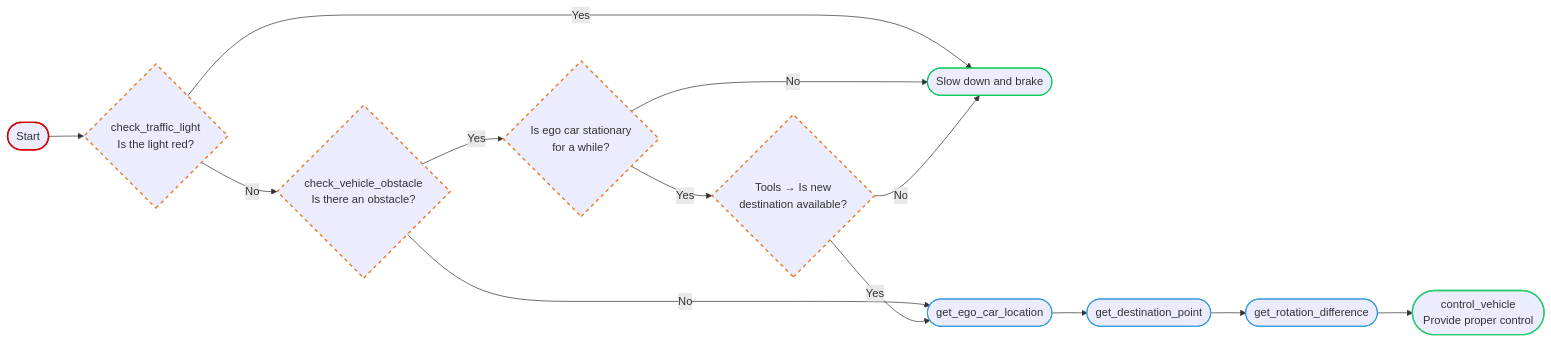
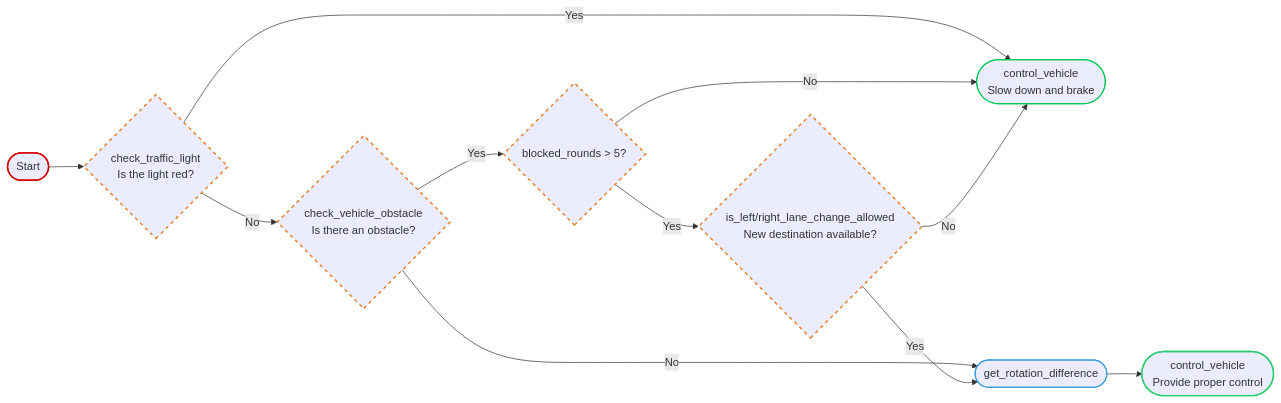
Before and after one commit to Justin900429/carla_agent: the diagram in README.md, drawn with Mermaid. The commit also changed other lines of this file and 2 other files, not shown here.

Commit message:
:memo: add demo gifs and update README intro and control logic

````diff
--- a/README.md
+++ b/README.md
@@ -9,31 +24,27 @@
 ```mermaid
 flowchart LR
     A(["Start"]) --> B{"check_traffic_light<br>Is the light red?"}
-    B -- Yes --> C(["Slow down and brake"])
+    B -- Yes --> C(["control_vehicle<br>Slow down and brake"])
     B -- No --> D{"check_vehicle_obstacle<br>Is there an obstacle?"}
-    D -- No --> G(["get_ego_car_location"])
-    D -- Yes --> E{"Is ego car stationary<br>for a while?"}
+    D -- No --> I(["get_rotation_difference"])
+    D -- Yes --> E{"blocked_rounds > 5?"}
     E -- No --> C
-    E -- Yes --> F{"Tools → Is new<br>destination available?"}
+    E -- Yes --> F{"is_left/right_lane_change_allowed<br>New destination available?"}
     F -- No --> C
-    F -- Yes --> G
-    G --> H(["get_destination_point"])
-    H --> I(["get_rotation_difference"])
+    F -- Yes --> I
     I --> J(["control_vehicle<br>Provide proper control"])
 
      A:::terminal
      B:::decision
      C:::action
      D:::decision
-     G:::action
      E:::decision
      F:::decision
-     H:::action
      I:::action
      J:::terminal
     classDef terminal stroke:#2ecc71,stroke-width:2
     classDef decision stroke:#e67e22,stroke-width:2,stroke-dasharray: 5 5
     classDef action stroke:#3498db,stroke-width:1.5
     style A stroke:#D50000
     style C stroke:#00C853
 ```
````
